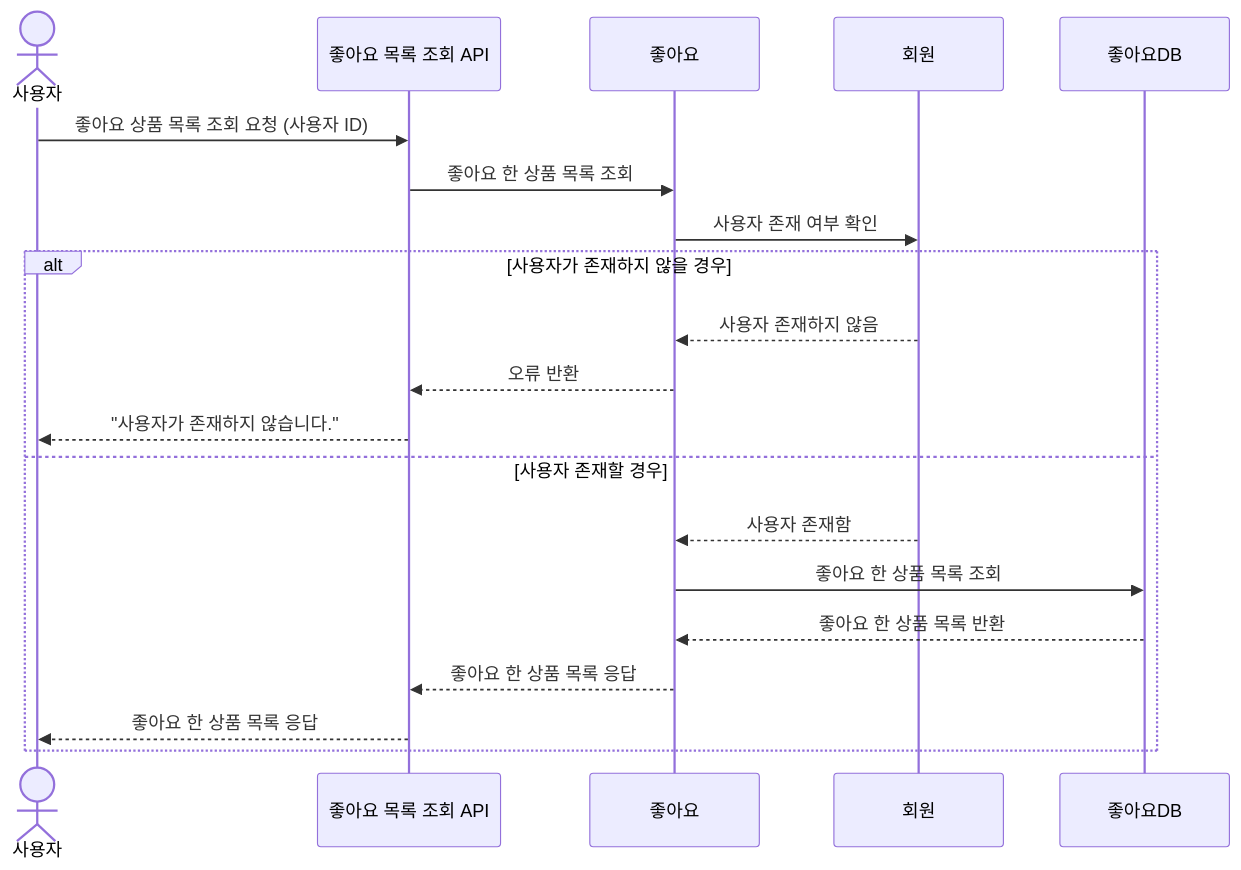
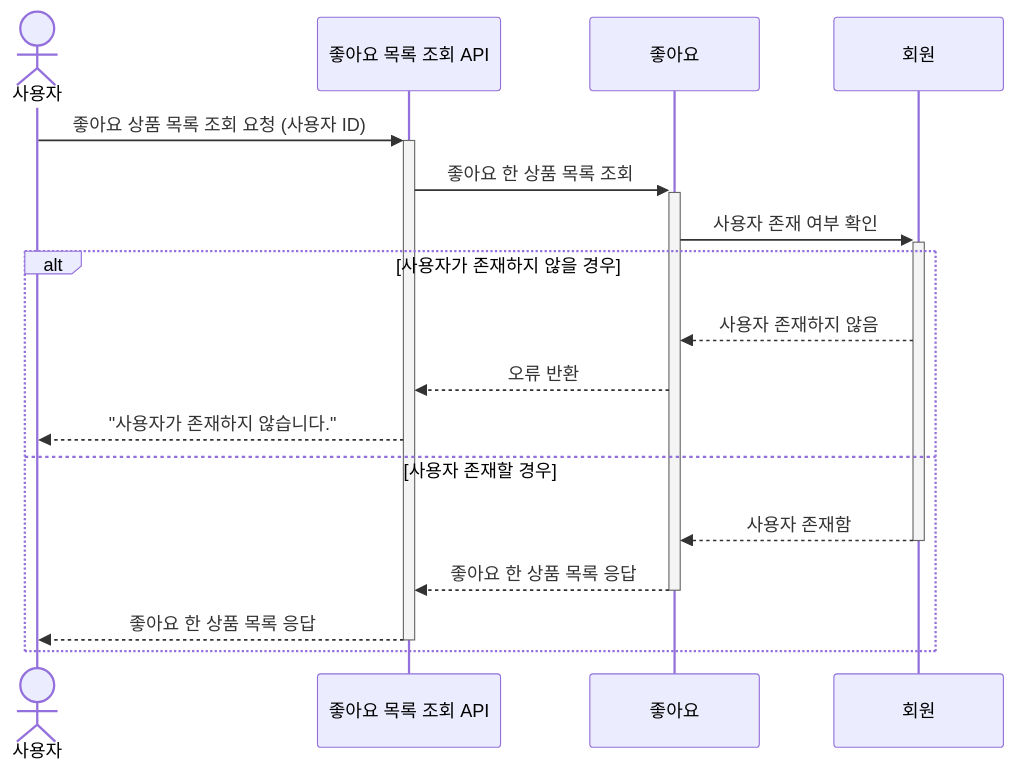
The sixth of 9 diagrams in docs/design/02-sequence-diagrams.md (kodonghee/loopers-e-commerce), drawn with Mermaid before and after one commit. The commit also changed other lines of this file, not shown here.

Commit message:
feat: 시퀀스 다이어그램 - 주문 관련 작성

````diff
--- a/docs/design/02-sequence-diagrams.md
+++ b/docs/design/02-sequence-diagrams.md
@@ -134,25 +139,22 @@
 ```mermaid
 sequenceDiagram
 actor 사용자
 participant 좋아요 목록 조회 API
 participant 좋아요
 participant 회원
-participant 좋아요DB
 
-    사용자->>좋아요 목록 조회 API: 좋아요 상품 목록 조회 요청 (사용자 ID)
+    사용자->>+좋아요 목록 조회 API: 좋아요 상품 목록 조회 요청 (사용자 ID)
 
-    좋아요 목록 조회 API->>좋아요: 좋아요 한 상품 목록 조회
-    좋아요->>회원: 사용자 존재 여부 확인
+    좋아요 목록 조회 API->>+좋아요: 좋아요 한 상품 목록 조회
+    좋아요->>+회원: 사용자 존재 여부 확인
 
     alt 사용자가 존재하지 않을 경우
         회원-->>좋아요: 사용자 존재하지 않음
         좋아요-->>좋아요 목록 조회 API: 오류 반환
         좋아요 목록 조회 API-->>사용자: "사용자가 존재하지 않습니다."
     else 사용자 존재할 경우
-        회원-->>좋아요: 사용자 존재함
-        좋아요->>좋아요DB: 좋아요 한 상품 목록 조회
-        좋아요DB-->>좋아요: 좋아요 한 상품 목록 반환
-        좋아요-->>좋아요 목록 조회 API: 좋아요 한 상품 목록 응답
-        좋아요 목록 조회 API-->>사용자: 좋아요 한 상품 목록 응답
+        회원-->>-좋아요: 사용자 존재함
+        좋아요-->>-좋아요 목록 조회 API: 좋아요 한 상품 목록 응답
+        좋아요 목록 조회 API-->>-사용자: 좋아요 한 상품 목록 응답
     end
 ```
````
